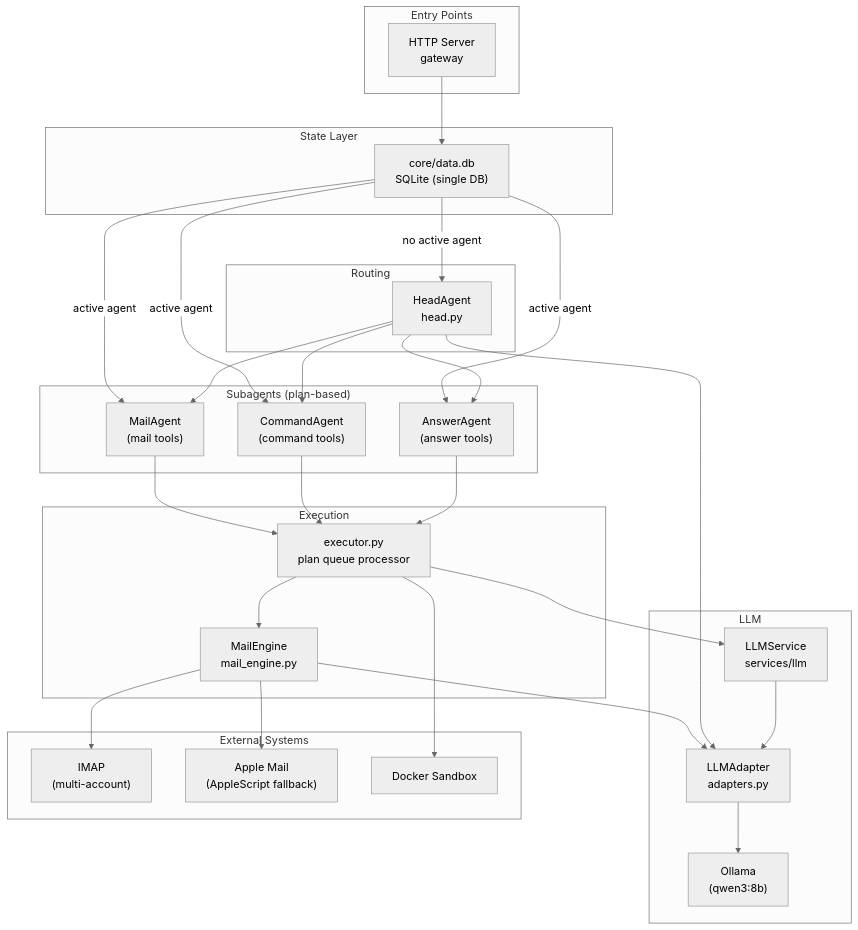
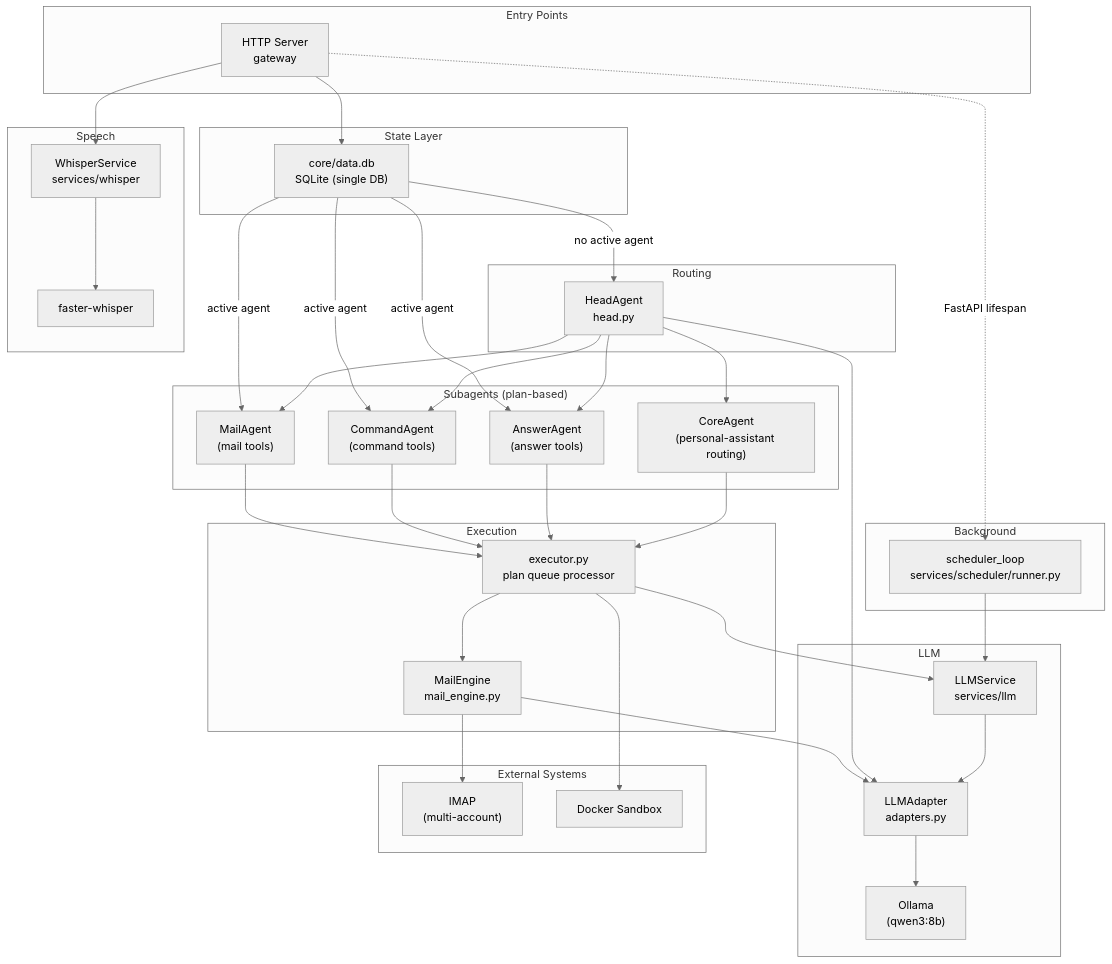
The diagram in ARCHITECTURE.md (ajpeders/MyAgent), drawn with Mermaid (neutral theme) before and after one commit. The commit also changed other lines of this file and 4 other files, not shown here.

````diff
--- a/ARCHITECTURE.md
+++ b/ARCHITECTURE.md
@@ -5,61 +5,76 @@
 ```mermaid
 graph TD
     subgraph Entry["Entry Points"]
         HTTP["HTTP Server<br/>gateway"]
     end
 
     subgraph State["State Layer"]
         SESSIONS["core/data.db<br/>SQLite (single DB)"]
     end
 
     subgraph Routing["Routing"]
         HEAD["HeadAgent<br/>head.py"]
     end
 
     subgraph Agents["Subagents (plan-based)"]
         MAIL["MailAgent<br/>(mail tools)"]
         CMD["CommandAgent<br/>(command tools)"]
         ANS["AnswerAgent<br/>(answer tools)"]
+        CORE["CoreAgent<br/>(personal-assistant routing)"]
+    end
+
+    subgraph Background["Background"]
+        SCHED["scheduler_loop<br/>services/scheduler/runner.py"]
     end
 
     subgraph Execution["Execution"]
         EXECUTOR["executor.py<br/>plan queue processor"]
         MAILENGINE["MailEngine<br/>mail_engine.py"]
     end
 
     subgraph LLM["LLM"]
         LLMSVC["LLMService<br/>services/llm"]
         ADAPTER["LLMAdapter<br/>adapters.py"]
         OLLAMA["Ollama<br/>(qwen3:8b)"]
     end
 
+    subgraph Speech["Speech"]
+        WHISPERSVC["WhisperService<br/>services/whisper"]
+        WHISPER["faster-whisper"]
+    end
+
     subgraph External["External Systems"]
         IMAP["IMAP<br/>(multi-account)"]
-        APPLEMAIL["Apple Mail<br/>(AppleScript fallback)"]
         DOCKER["Docker Sandbox"]
     end
 
     HTTP --> SESSIONS
     SESSIONS -->|"no active agent"| HEAD
     SESSIONS -->|"active agent"| MAIL
     SESSIONS -->|"active agent"| CMD
     SESSIONS -->|"active agent"| ANS
     HEAD --> MAIL
     HEAD --> CMD
     HEAD --> ANS
+    HEAD --> CORE
 
     MAIL --> EXECUTOR
     CMD --> EXECUTOR
     ANS --> EXECUTOR
+    CORE --> EXECUTOR
+
+    HTTP -.->|"FastAPI lifespan"| SCHED
+    SCHED --> LLMSVC
 
     EXECUTOR --> LLMSVC
     EXECUTOR --> MAILENGINE
     MAILENGINE --> ADAPTER
     HEAD --> ADAPTER
     LLMSVC --> ADAPTER
     ADAPTER --> OLLAMA
+    HTTP --> WHISPERSVC
+    WHISPERSVC --> WHISPER
 
     MAILENGINE --> IMAP
-    MAILENGINE --> APPLEMAIL
     EXECUTOR --> DOCKER
 ```
````
